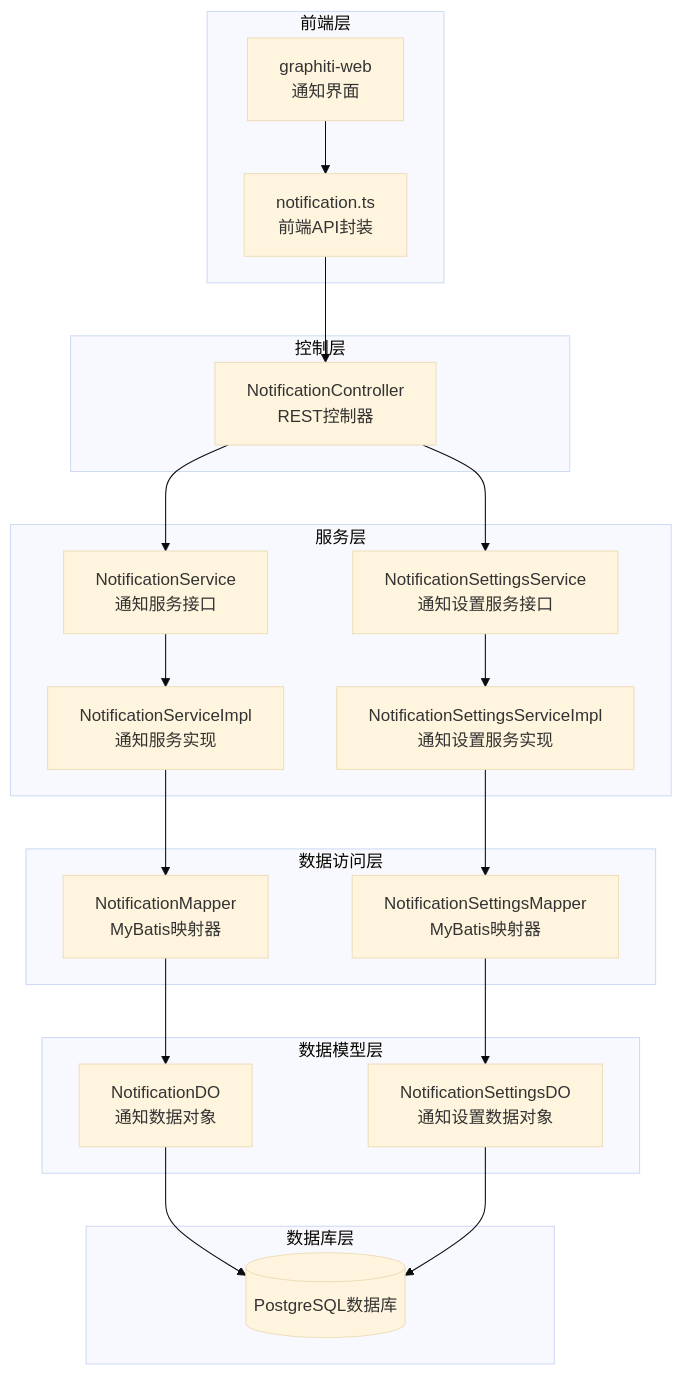
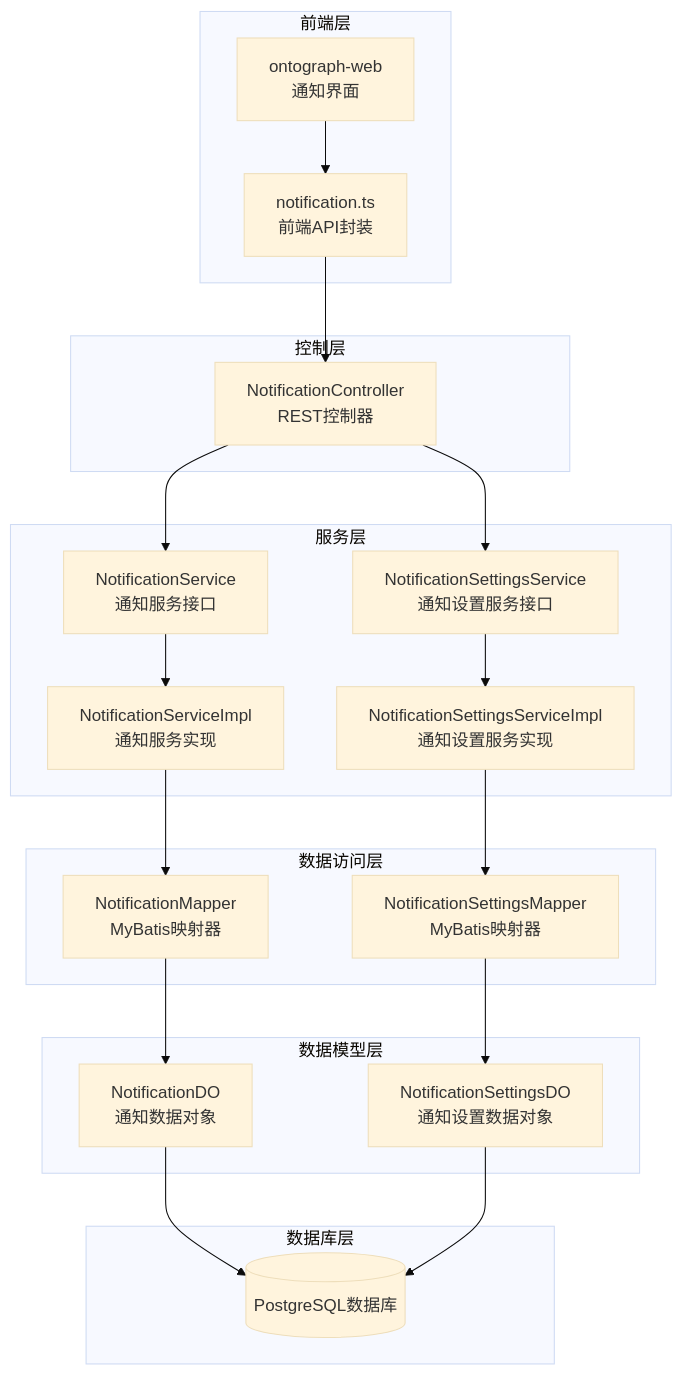
The first of 6 diagrams in docs/manual/API接口文档/系统管理接口/通知管理接口.md (joezxh/graphiti-java), drawn with Mermaid (base theme) before and after one commit. The commit also changed other lines of this file and 200 other files, not shown here.

````diff
--- a/docs/manual/API接口文档/系统管理接口/通知管理接口.md
+++ b/docs/manual/API接口文档/系统管理接口/通知管理接口.md
@@ -40,39 +40,39 @@
 ```mermaid
 graph TB
 subgraph "前端层"
-Web[graphiti-web<br/>通知界面]
+Web[ontograph-web<br/>通知界面]
 API[notification.ts<br/>前端API封装]
 end
 subgraph "控制层"
 Controller[NotificationController<br/>REST控制器]
 end
 subgraph "服务层"
 Service[NotificationService<br/>通知服务接口]
 SettingsService[NotificationSettingsService<br/>通知设置服务接口]
 Impl[NotificationServiceImpl<br/>通知服务实现]
 SettingsImpl[NotificationSettingsServiceImpl<br/>通知设置服务实现]
 end
 subgraph "数据访问层"
 Mapper[NotificationMapper<br/>MyBatis映射器]
 SettingsMapper[NotificationSettingsMapper<br/>MyBatis映射器]
 end
 subgraph "数据模型层"
 DO[NotificationDO<br/>通知数据对象]
 SettingsDO[NotificationSettingsDO<br/>通知设置数据对象]
 end
 subgraph "数据库层"
 DB[(PostgreSQL数据库)]
 end
 Web --> API
 API --> Controller
 Controller --> Service
 Controller --> SettingsService
 Service --> Impl
 SettingsService --> SettingsImpl
 Impl --> Mapper
 SettingsImpl --> SettingsMapper
 Mapper --> DO
 SettingsMapper --> SettingsDO
 DO --> DB
 SettingsDO --> DB
 ```
````
